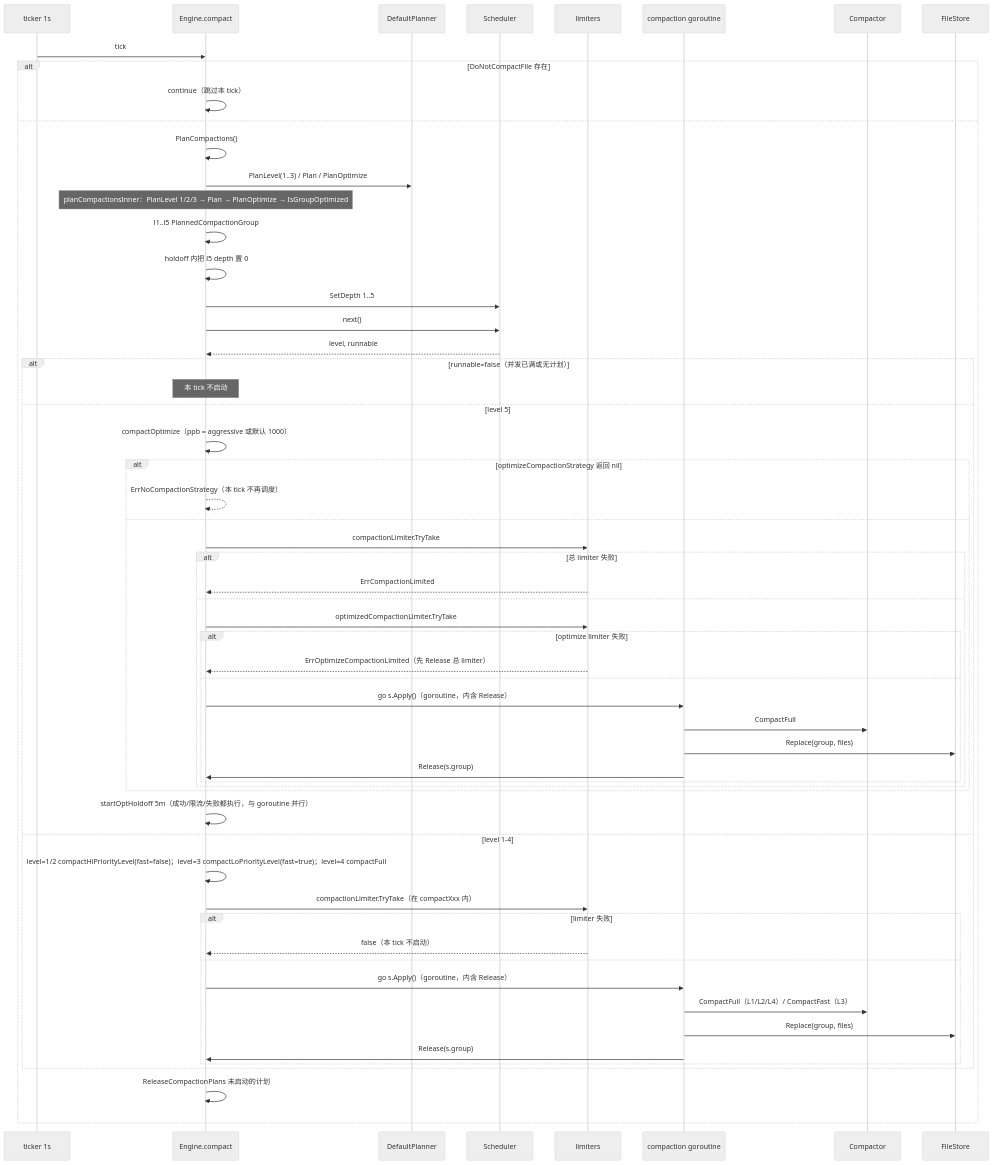
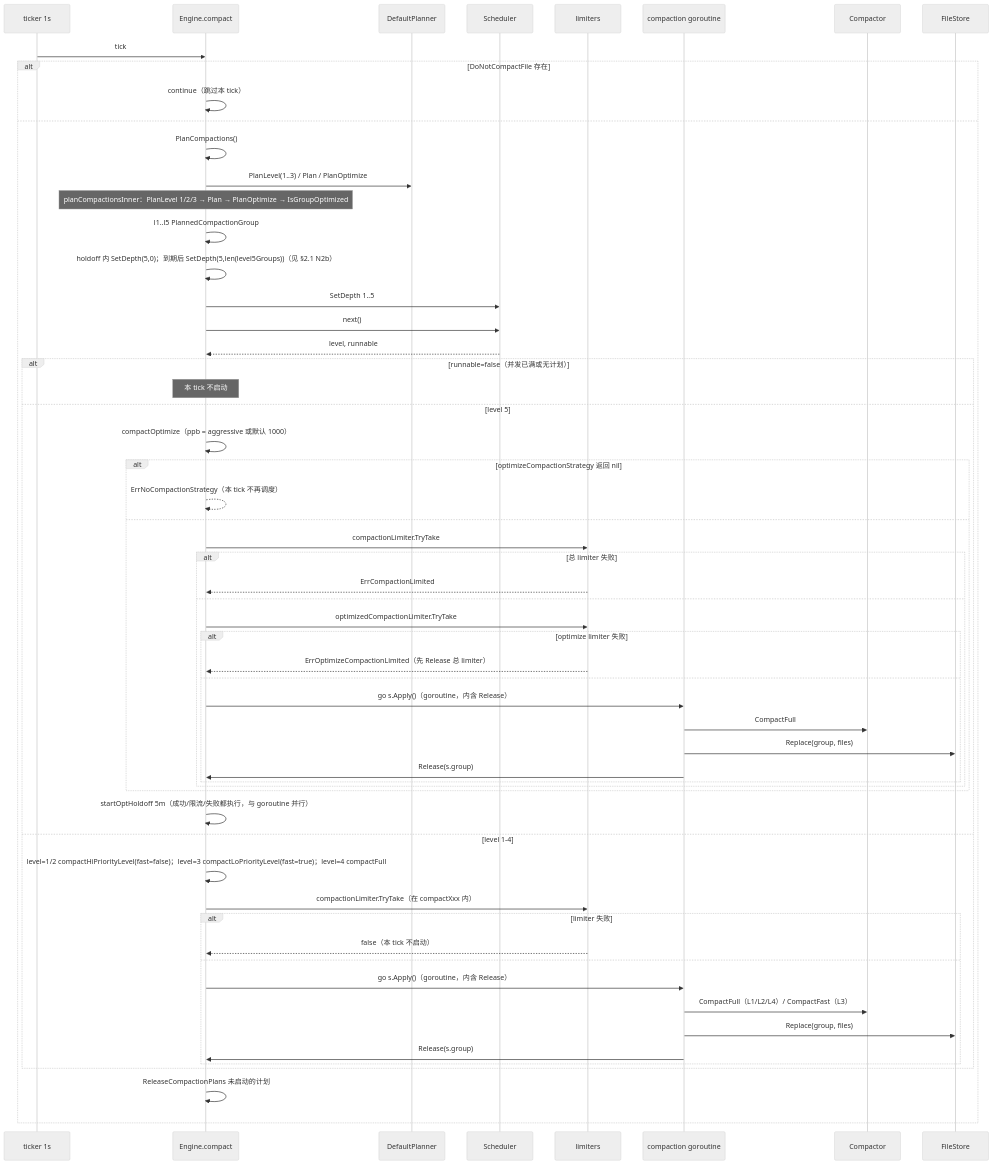
One commit to stefanv5/influxdb changed the second of 6 diagrams in docs/specs/v1.8.10-vs-v1.12.3/04_storage_compaction_diff.md. Above: the diagram before and after it, drawn with Mermaid (neutral theme). The commit also changed other lines of this file and 16 other files, not shown here.

````diff
--- a/docs/specs/v1.8.10-vs-v1.12.3/04_storage_compaction_diff.md
+++ b/docs/specs/v1.8.10-vs-v1.12.3/04_storage_compaction_diff.md
@@ -109,61 +110,61 @@
 ```mermaid
 sequenceDiagram
     participant T as ticker 1s
     participant E as Engine.compact
     participant P as DefaultPlanner
     participant S as Scheduler
     participant L as limiters
     participant G as compaction goroutine
     participant C as Compactor
     participant FS as FileStore
 
     T->>E: tick
     alt DoNotCompactFile 存在
         E->>E: continue（跳过本 tick）
     else
         E->>E: PlanCompactions()
         E->>P: PlanLevel(1..3) / Plan / PlanOptimize
         Note over E: planCompactionsInner：PlanLevel 1/2/3 → Plan → PlanOptimize → IsGroupOptimized
         E->>E: l1..l5 PlannedCompactionGroup
-        E->>E: holdoff 内把 l5 depth 置 0
+        E->>E: holdoff 内 SetDepth(5,0)；到期后 SetDepth(5,len(level5Groups))（见 §2.1 N2b）
         E->>S: SetDepth 1..5
         E->>S: next()
         S-->>E: level, runnable
         alt runnable=false（并发已满或无计划）
             Note over E: 本 tick 不启动
         else level 5
             E->>E: compactOptimize（ppb = aggressive 或默认 1000）
             alt optimizeCompactionStrategy 返回 nil
                 E-->>E: ErrNoCompactionStrategy（本 tick 不再调度）
             else
                 E->>L: compactionLimiter.TryTake
                 alt 总 limiter 失败
                     L-->>E: ErrCompactionLimited
                 else
                     E->>L: optimizedCompactionLimiter.TryTake
                     alt optimize limiter 失败
                         L-->>E: ErrOptimizeCompactionLimited（先 Release 总 limiter）
                     else
                         E->>G: go s.Apply()（goroutine，内含 Release）
                         G->>C: CompactFull
                         G->>FS: Replace(group, files)
                         G->>E: Release(s.group)
                     end
                 end
             end
             E->>E: startOptHoldoff 5m（成功/限流/失败都执行，与 goroutine 并行）
         else level 1-4
             E->>E: level=1/2 compactHiPriorityLevel(fast=false)；level=3 compactLoPriorityLevel(fast=true)；level=4 compactFull
             E->>L: compactionLimiter.TryTake（在 compactXxx 内）
             alt limiter 失败
                 L-->>E: false（本 tick 不启动）
             else
                 E->>G: go s.Apply()（goroutine，内含 Release）
                 G->>C: CompactFull（L1/L2/L4）/ CompactFast（L3）
                 G->>FS: Replace(group, files)
                 G->>E: Release(s.group)
             end
         end
         E->>E: ReleaseCompactionPlans 未启动的计划
     end
 ```
````
